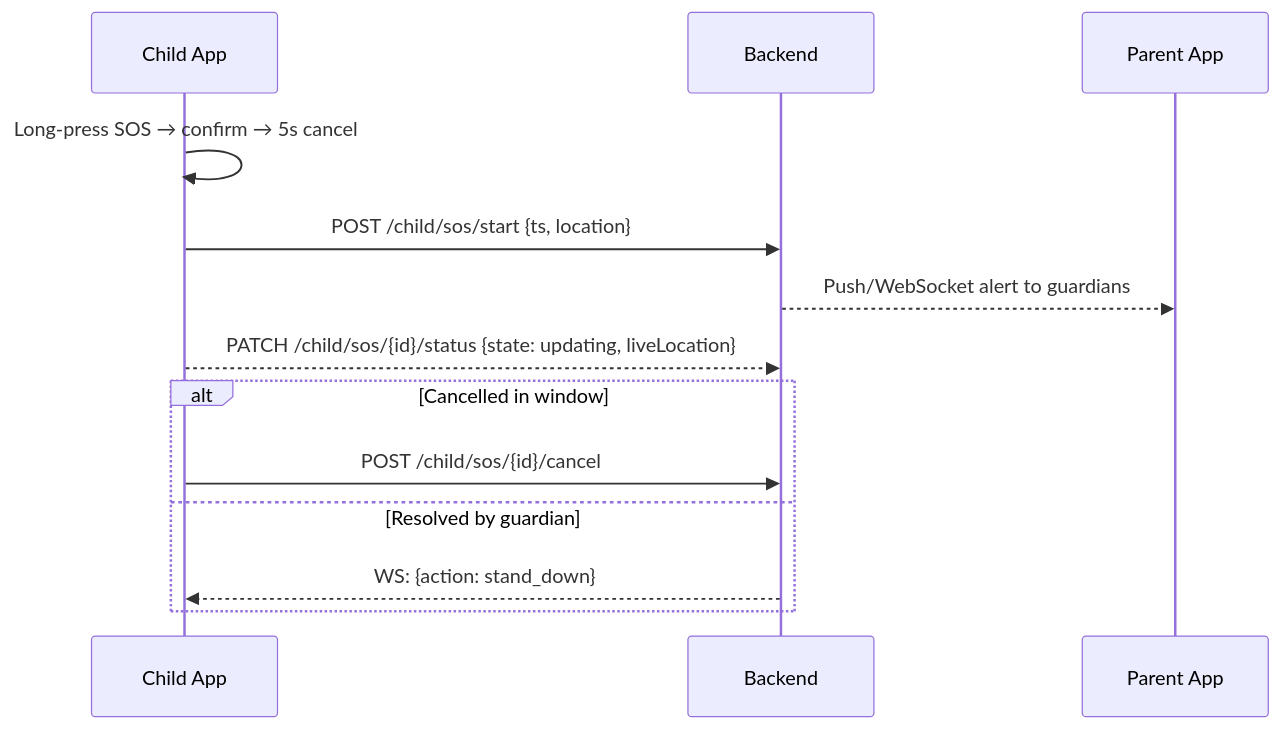
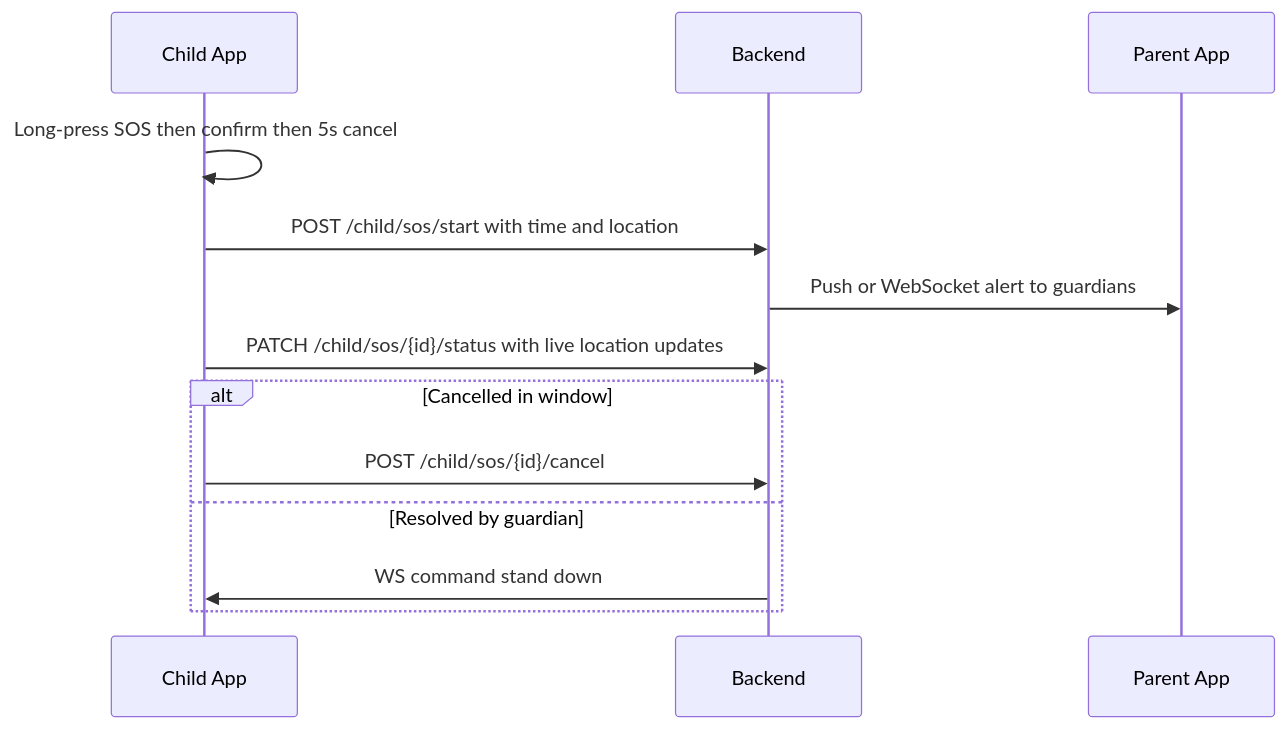
One commit to maiElkheshen066/safeGuard changed the fifth of 6 diagrams in Doc/Child app/CHILD_APP_FEATURES_AND_DESIGN.md. Above: the diagram before and after it, drawn with Mermaid. The commit also changed other lines of this file, not shown here.

````diff
--- a/Doc/Child app/CHILD_APP_FEATURES_AND_DESIGN.md
+++ b/Doc/Child app/CHILD_APP_FEATURES_AND_DESIGN.md
@@ -121,15 +121,15 @@
 ```mermaid
 sequenceDiagram
   participant C as Child App
   participant B as Backend
   participant P as Parent App
-  C->>C: Long-press SOS → confirm → 5s cancel
-  C->>B: POST /child/sos/start {ts, location}
-  B-->>P: Push/WebSocket alert to guardians
-  C-->>B: PATCH /child/sos/{id}/status {state: updating, liveLocation}
+  C->>C: Long-press SOS then confirm then 5s cancel
+  C->>B: POST /child/sos/start with time and location
+  B->>P: Push or WebSocket alert to guardians
+  C->>B: PATCH /child/sos/{id}/status with live location updates
   alt Cancelled in window
     C->>B: POST /child/sos/{id}/cancel
   else Resolved by guardian
-    B-->>C: WS: {action: stand_down}
+    B->>C: WS command stand down
   end
 ```
````
